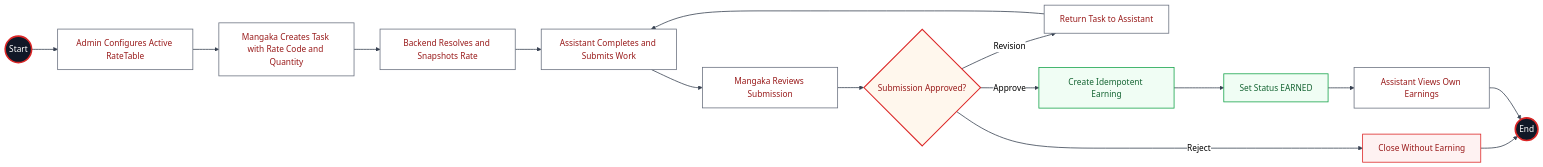
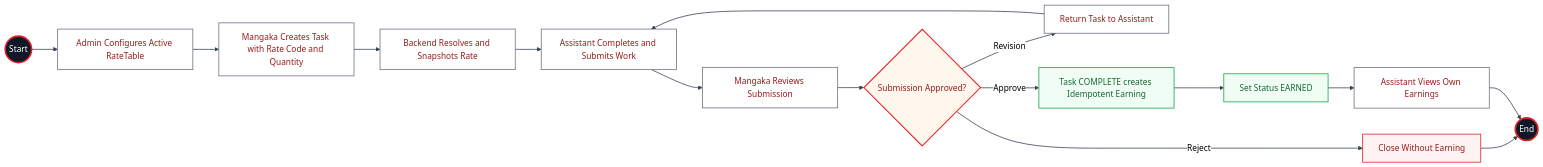
The ninth of 15 diagrams in MangaFlow_Master_Document_Updated.md (ntu254/MangaFlow), drawn with Mermaid (neutral theme) before and after one commit. The commit also changed other lines of this file and 5 other files, not shown here.

Commit message:
docs: sync business flows and master doc to earn-at-COMPLETE model

````diff
--- a/MangaFlow_Master_Document_Updated.md
+++ b/MangaFlow_Master_Document_Updated.md
@@ -991,28 +995,28 @@
 ```mermaid
 flowchart LR
     S((Start)) --> A[Admin Configures Active RateTable]
     A --> B[Mangaka Creates Task with Rate Code and Quantity]
     B --> C[Backend Resolves and Snapshots Rate]
     C --> D[Assistant Completes and Submits Work]
     D --> E1[Mangaka Reviews Submission]
     E1 --> D1{Submission Approved?}
     D1 -->|Revision| F[Return Task to Assistant]
     F --> D
     D1 -->|Reject| G[Close Without Earning]
     G --> E((End))
-    D1 -->|Approve| H[Create Idempotent Earning]
+    D1 -->|Approve| H[Task COMPLETE creates Idempotent Earning]
     H --> I[Set Status EARNED]
     I --> J[Assistant Views Own Earnings]
     J --> E
 
     classDef default fill:#FFFFFF,stroke:#6B7280,stroke-width:1.5px,color:#991B1B;
     classDef terminal fill:#111827,stroke:#DC2626,stroke-width:3px,color:#FFFFFF;
     classDef decision fill:#FFF7ED,stroke:#DC2626,stroke-width:2px,color:#991B1B;
     classDef success fill:#F0FDF4,stroke:#16A34A,stroke-width:1.5px,color:#166534;
     classDef error fill:#FEF2F2,stroke:#DC2626,stroke-width:1.5px,color:#991B1B;
     class S,E terminal;
     class D1 decision;
     class H,I success;
     class G error;
     linkStyle default stroke:#374151,stroke-width:1.5px;
 ```
````
